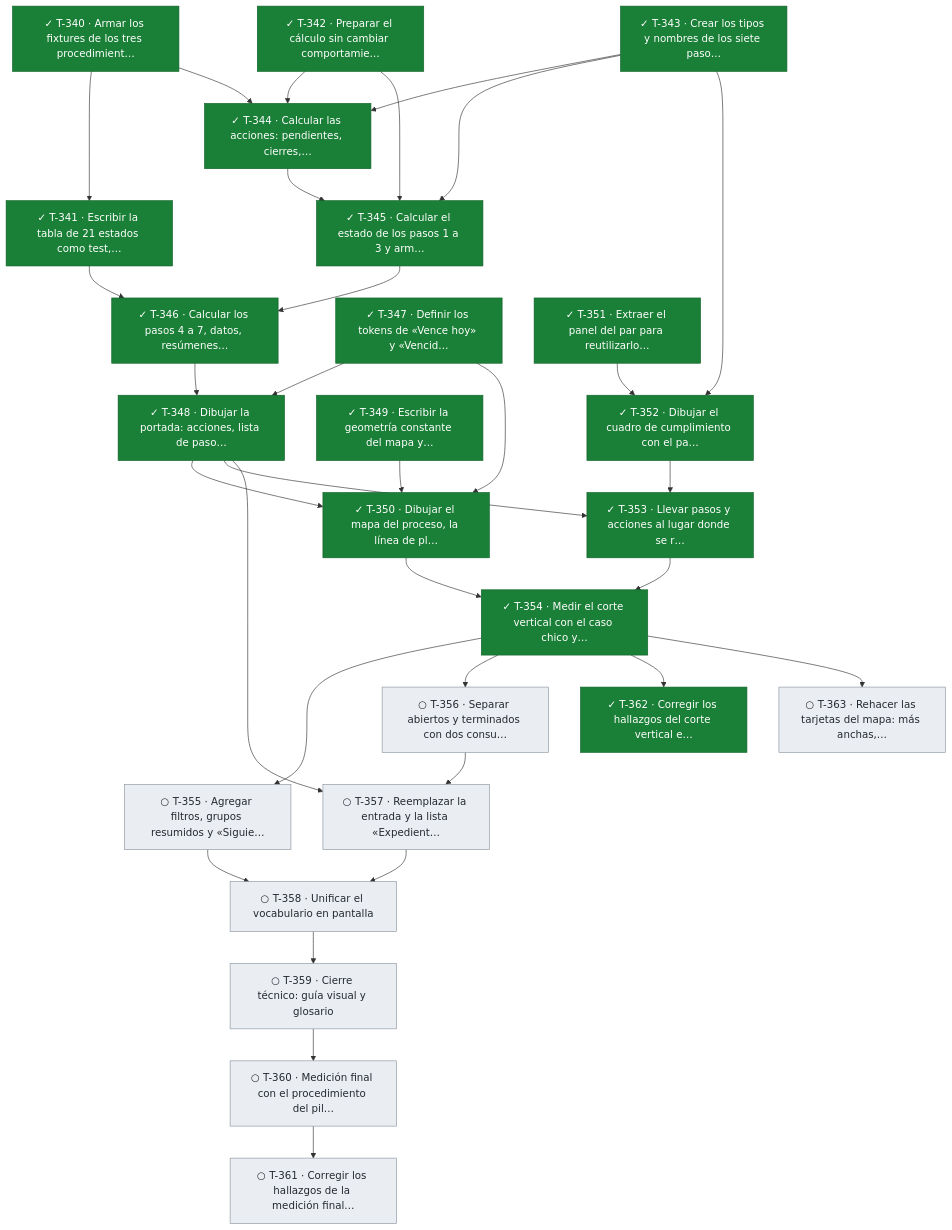
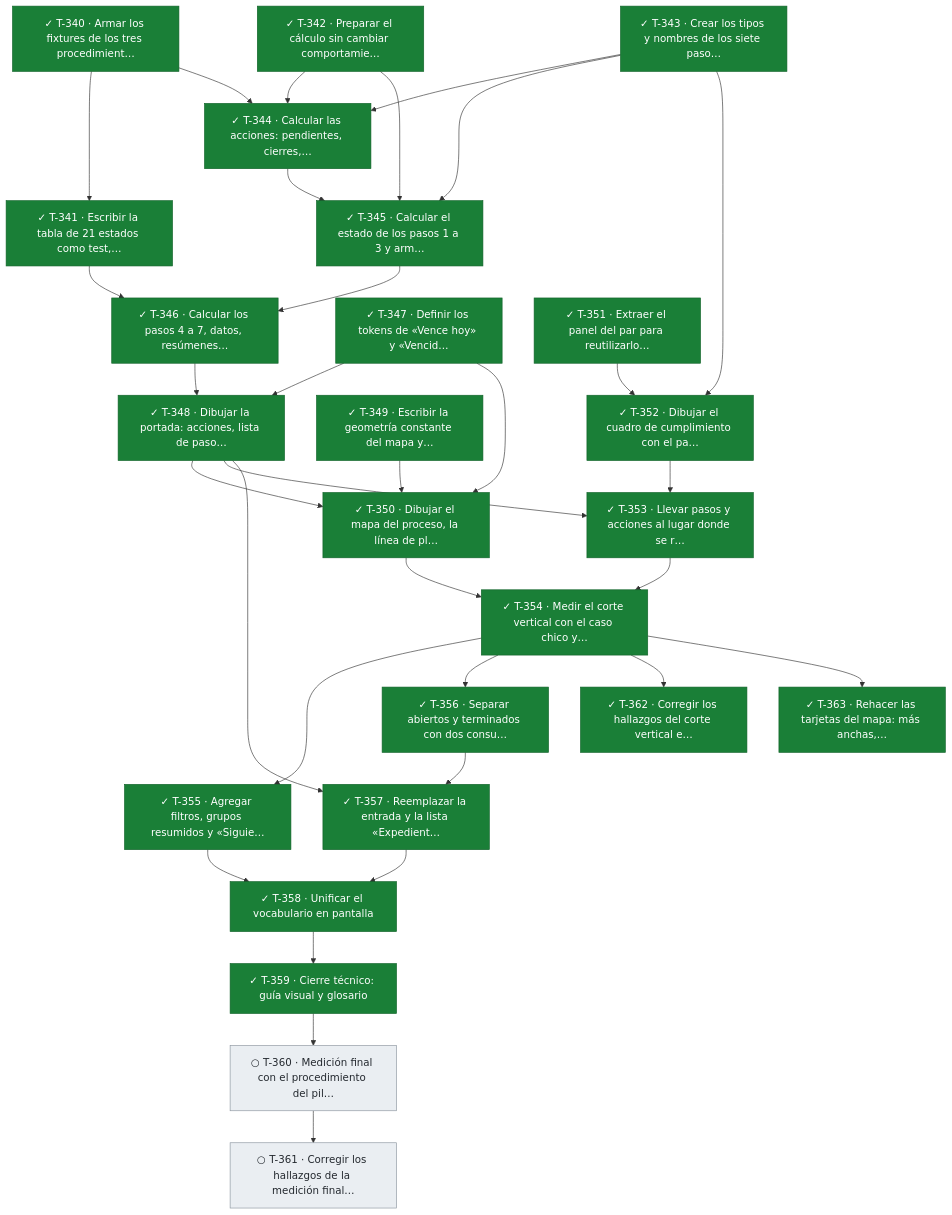
Diagram 25 of 25 in docs/tablero.md (snavello/EVALUON), drawn with Mermaid before and after one commit. The commit also changed other lines of this file and 7 other files, not shown here.

````diff
--- a/docs/tablero.md
+++ b/docs/tablero.md
@@ -1924,63 +1924,63 @@
 ```mermaid
 flowchart TD
   T340["✓ T-340 · Armar los fixtures de los tres procedimient…"]:::done
   T341["✓ T-341 · Escribir la tabla de 21 estados como test,…"]:::done
   T342["✓ T-342 · Preparar el cálculo sin cambiar comportamie…"]:::done
   T343["✓ T-343 · Crear los tipos y nombres de los siete paso…"]:::done
   T344["✓ T-344 · Calcular las acciones: pendientes, cierres,…"]:::done
   T345["✓ T-345 · Calcular el estado de los pasos 1 a 3 y arm…"]:::done
   T346["✓ T-346 · Calcular los pasos 4 a 7, datos, resúmenes…"]:::done
   T347["✓ T-347 · Definir los tokens de «Vence hoy» y «Vencid…"]:::done
   T348["✓ T-348 · Dibujar la portada: acciones, lista de paso…"]:::done
   T349["✓ T-349 · Escribir la geometría constante del mapa y…"]:::done
   T350["✓ T-350 · Dibujar el mapa del proceso, la línea de pl…"]:::done
   T351["✓ T-351 · Extraer el panel del par para reutilizarlo…"]:::done
   T352["✓ T-352 · Dibujar el cuadro de cumplimiento con el pa…"]:::done
   T353["✓ T-353 · Llevar pasos y acciones al lugar donde se r…"]:::done
   T354["✓ T-354 · Medir el corte vertical con el caso chico y…"]:::done
-  T355["○ T-355 · Agregar filtros, grupos resumidos y «Siguie…"]:::todo
-  T356["○ T-356 · Separar abiertos y terminados con dos consu…"]:::todo
-  T357["○ T-357 · Reemplazar la entrada y la lista «Expedient…"]:::todo
-  T358["○ T-358 · Unificar el vocabulario en pantalla"]:::todo
-  T359["○ T-359 · Cierre técnico: guía visual y glosario"]:::todo
+  T355["✓ T-355 · Agregar filtros, grupos resumidos y «Siguie…"]:::done
+  T356["✓ T-356 · Separar abiertos y terminados con dos consu…"]:::done
+  T357["✓ T-357 · Reemplazar la entrada y la lista «Expedient…"]:::done
+  T358["✓ T-358 · Unificar el vocabulario en pantalla"]:::done
+  T359["✓ T-359 · Cierre técnico: guía visual y glosario"]:::done
   T360["○ T-360 · Medición final con el procedimiento del pil…"]:::todo
   T361["○ T-361 · Corregir los hallazgos de la medición final…"]:::todo
   T362["✓ T-362 · Corregir los hallazgos del corte vertical e…"]:::done
-  T363["○ T-363 · Rehacer las tarjetas del mapa: más anchas,…"]:::todo
+  T363["✓ T-363 · Rehacer las tarjetas del mapa: más anchas,…"]:::done
   T340 --> T341
   T340 --> T344
   T342 --> T344
   T343 --> T344
   T342 --> T345
   T343 --> T345
   T344 --> T345
   T341 --> T346
   T345 --> T346
   T346 --> T348
   T347 --> T348
   T347 --> T350
   T348 --> T350
   T349 --> T350
   T343 --> T352
   T351 --> T352
   T348 --> T353
   T352 --> T353
   T350 --> T354
   T353 --> T354
   T354 --> T355
   T354 --> T356
   T348 --> T357
   T356 --> T357
   T355 --> T358
   T357 --> T358
   T358 --> T359
   T359 --> T360
   T360 --> T361
   T354 --> T362
   T354 --> T363
   classDef done fill:#1a7f37,stroke:#116329,color:#ffffff
   classDef review fill:#0969da,stroke:#0550ae,color:#ffffff
   classDef active fill:#bf8700,stroke:#7d4e00,color:#ffffff
   classDef blocked fill:#cf222e,stroke:#a40e26,color:#ffffff
   classDef todo fill:#eaeef2,stroke:#8c959f,color:#24292f
 ```
````
